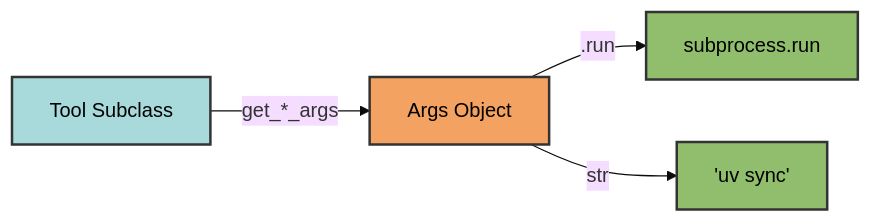
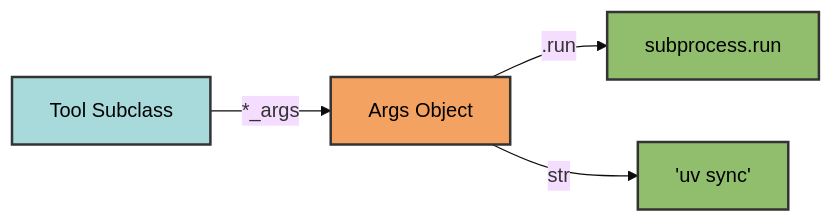
One commit to Winipedia/pyrig changed the first of 3 diagrams in docs/tools/architecture.md. Above: the diagram before and after it, drawn with Mermaid (base theme). The commit also changed other lines of this file and 53 other files, not shown here.

````diff
--- a/docs/tools/architecture.md
+++ b/docs/tools/architecture.md
@@ -19,11 +19,11 @@
 ```mermaid
 graph LR
-    A[Tool Subclass] -->|get_*_args| B[Args Object]
+    A[Tool Subclass] -->|*_args| B[Args Object]
     B -->|.run| C[subprocess.run]
     B -->|str| D["'uv sync'"]
 
     style A fill:#a8dadc,stroke:#333,stroke-width:2px,color:#000
     style B fill:#f4a261,stroke:#333,stroke-width:2px,color:#000
     style C fill:#90be6d,stroke:#333,stroke-width:2px,color:#000
     style D fill:#90be6d,stroke:#333,stroke-width:2px,color:#000
 ```
````
